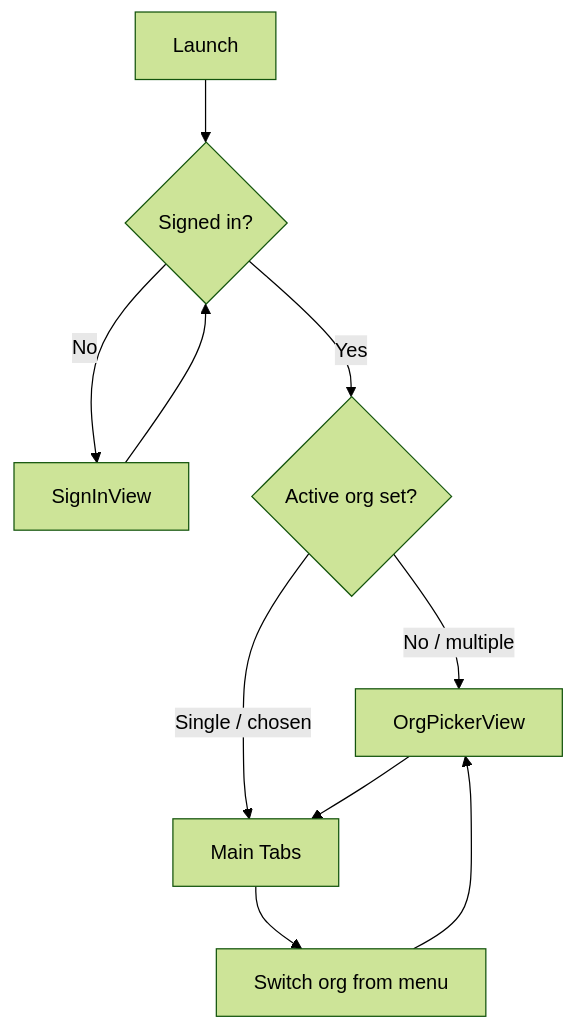
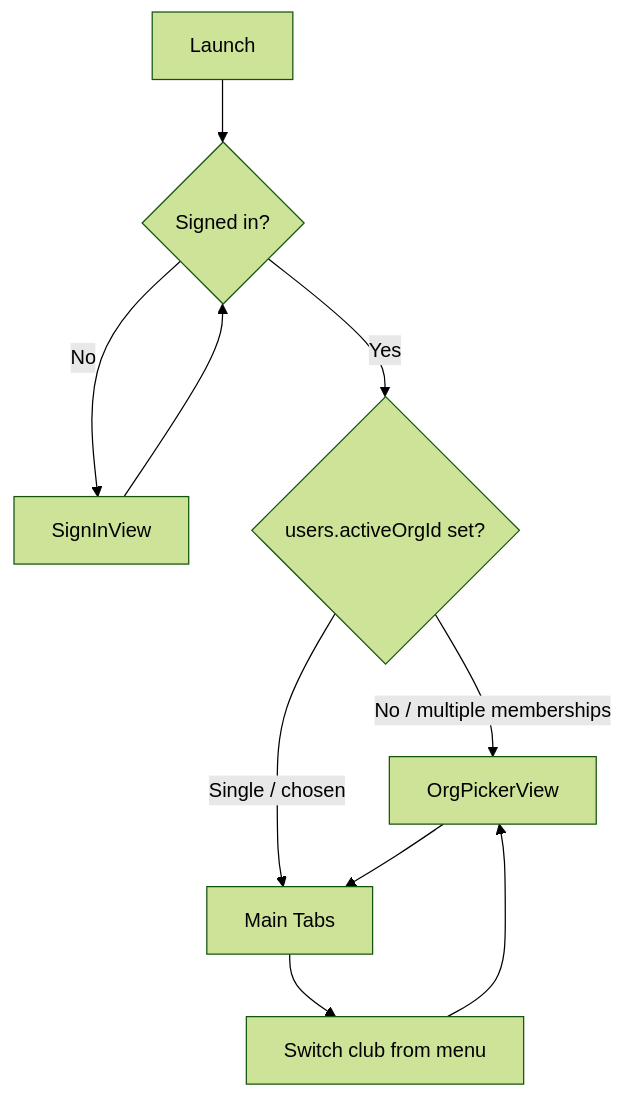
One commit to yumaitau/GatherHub changed the first of 2 diagrams in docs/mobile-architecture.md. Above: the diagram before and after it, drawn with Mermaid (forest theme). The commit also changed other lines of this file and 48 other files, not shown here.

````diff
--- a/docs/mobile-architecture.md
+++ b/docs/mobile-architecture.md
@@ -81,11 +84,11 @@
 ```mermaid
 flowchart TD
     A[Launch] --> B{Signed in?}
     B -- No --> C[SignInView]
     C --> B
-    B -- Yes --> D{Active org set?}
-    D -- No / multiple --> E[OrgPickerView]
+    B -- Yes --> D{users.activeOrgId set?}
+    D -- No / multiple memberships --> E[OrgPickerView]
     D -- Single / chosen --> F[Main Tabs]
     E --> F
-    F --> G[Switch org from menu] --> E
+    F --> G[Switch club from menu] --> E
 ```
````
